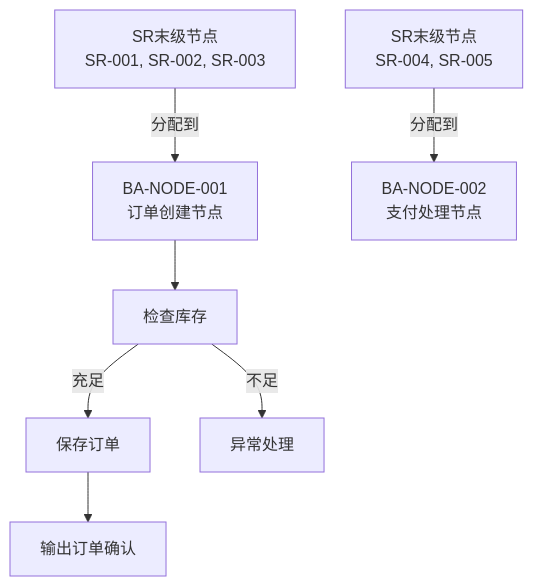
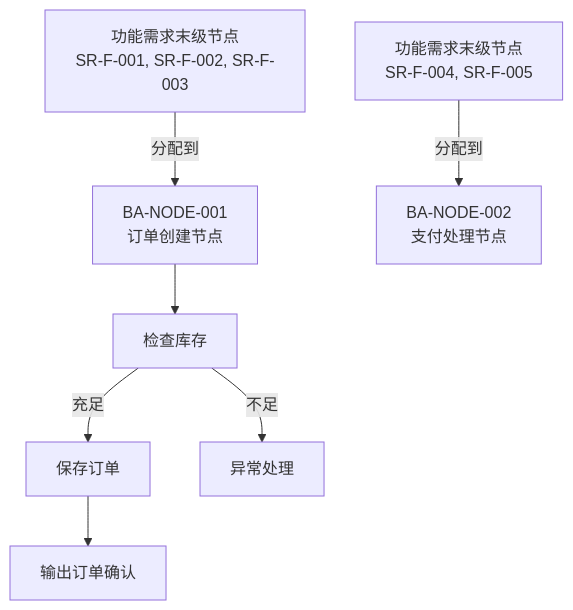
The first of 2 diagrams in 01-standards/guidelines/guideline-2-sr-to-ba-mapping.md (Yongjunzhou/AOS-system-design), drawn with Mermaid before and after one commit. The commit also changed other lines of this file and 3 other files, not shown here.

````diff
--- a/01-standards/guidelines/guideline-2-sr-to-ba-mapping.md
+++ b/01-standards/guidelines/guideline-2-sr-to-ba-mapping.md
@@ -241,9 +244,9 @@
 ```mermaid
 graph TD
-    A["SR末级节点<br/>SR-001, SR-002, SR-003"] -->|分配到| B["BA-NODE-001<br/>订单创建节点"]
-    C["SR末级节点<br/>SR-004, SR-005"] -->|分配到| D["BA-NODE-002<br/>支付处理节点"]
+    A["功能需求末级节点<br/>SR-F-001, SR-F-002, SR-F-003"] -->|分配到| B["BA-NODE-001<br/>订单创建节点"]
+    C["功能需求末级节点<br/>SR-F-004, SR-F-005"] -->|分配到| D["BA-NODE-002<br/>支付处理节点"]
     B --> E["检查库存"]
     E -->|充足| F["保存订单"]
     E -->|不足| G["异常处理"]
     F --> H["输出订单确认"]
 ```
````
